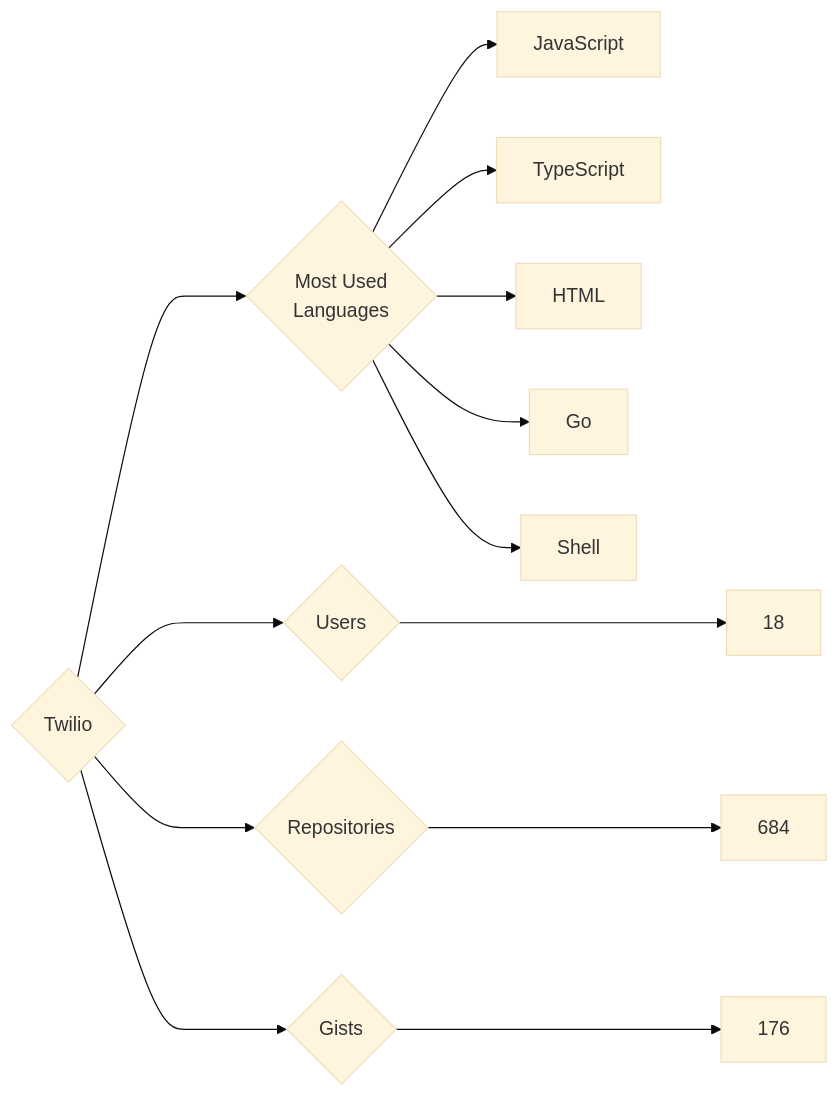
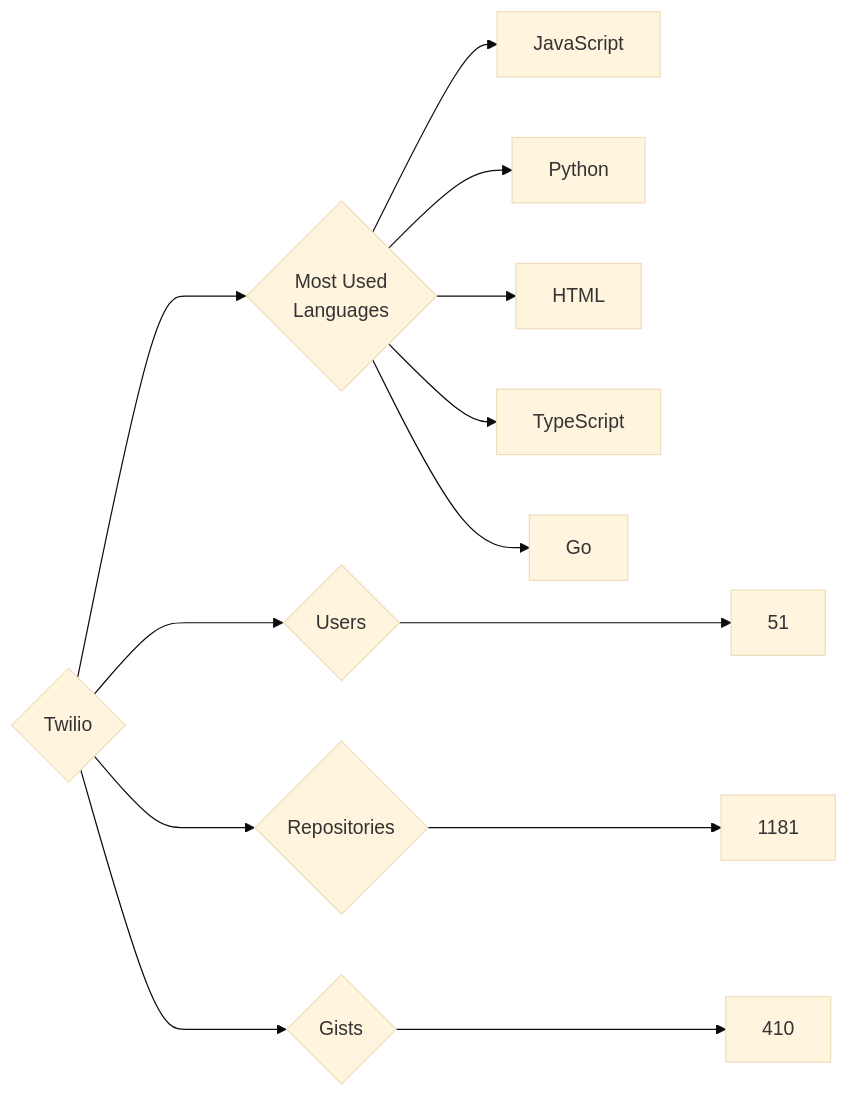
One commit to trickest/insiders changed the diagram in targets/Twilio/README.md. Above: the diagram before and after it, drawn with Mermaid (base theme). The commit also changed 835 other files, not shown here.

````diff
--- a/targets/Twilio/README.md
+++ b/targets/Twilio/README.md
@@ -3,13 +3,13 @@
 ```mermaid
 graph LR
 COMPANY_NAME{Twilio}
-COMPANY_NAME ---> U{Users} ---> UN[18]
-COMPANY_NAME ---> R{Repositories} ---> RN[684]
-COMPANY_NAME ---> G{Gists} ---> GN[176]
+COMPANY_NAME ---> U{Users} ---> UN[51]
+COMPANY_NAME ---> R{Repositories} ---> RN[1181]
+COMPANY_NAME ---> G{Gists} ---> GN[410]
 COMPANY_NAME ---> ML{Most Used<br>Languages}
 ML --> JavaScript[JavaScript]
+ML --> Python[Python]
+ML --> HTML[HTML]
 ML --> TypeScript[TypeScript]
-ML --> HTML[HTML]
 ML --> Go[Go]
-ML --> Shell[Shell]
 ```
````
